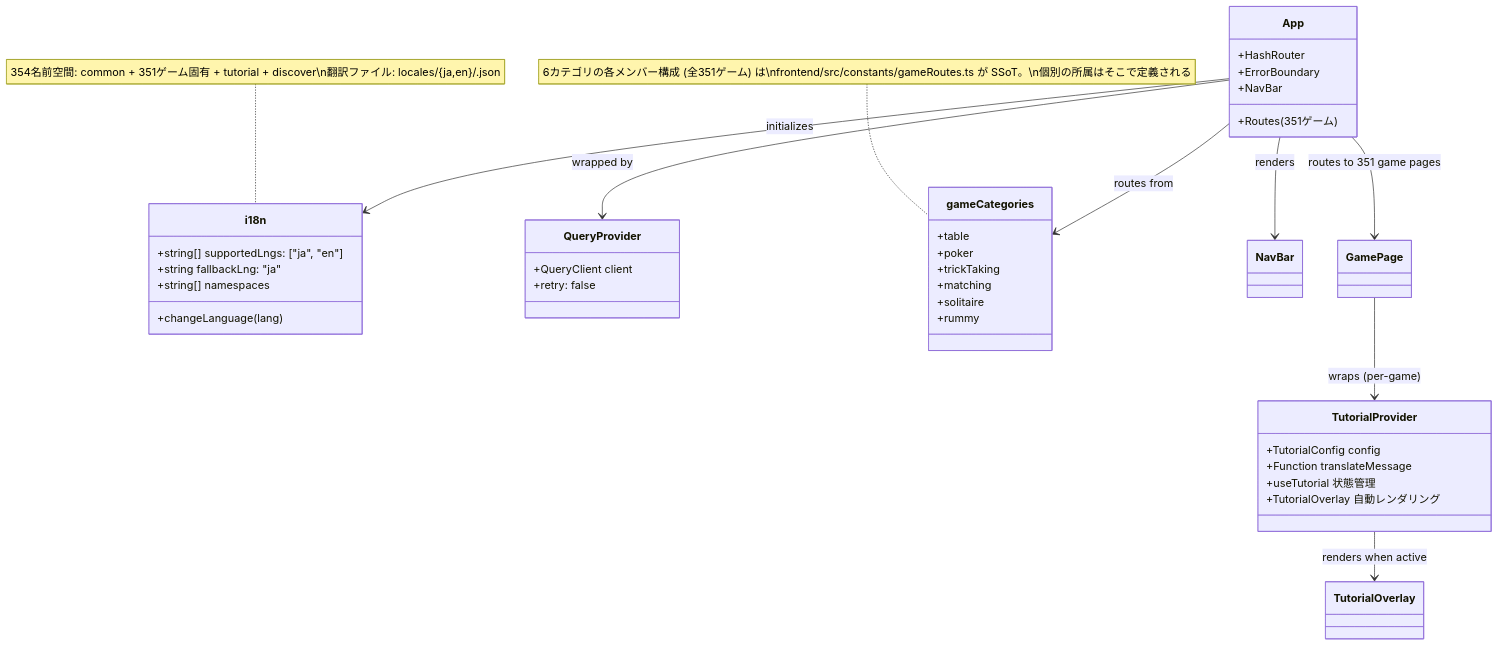
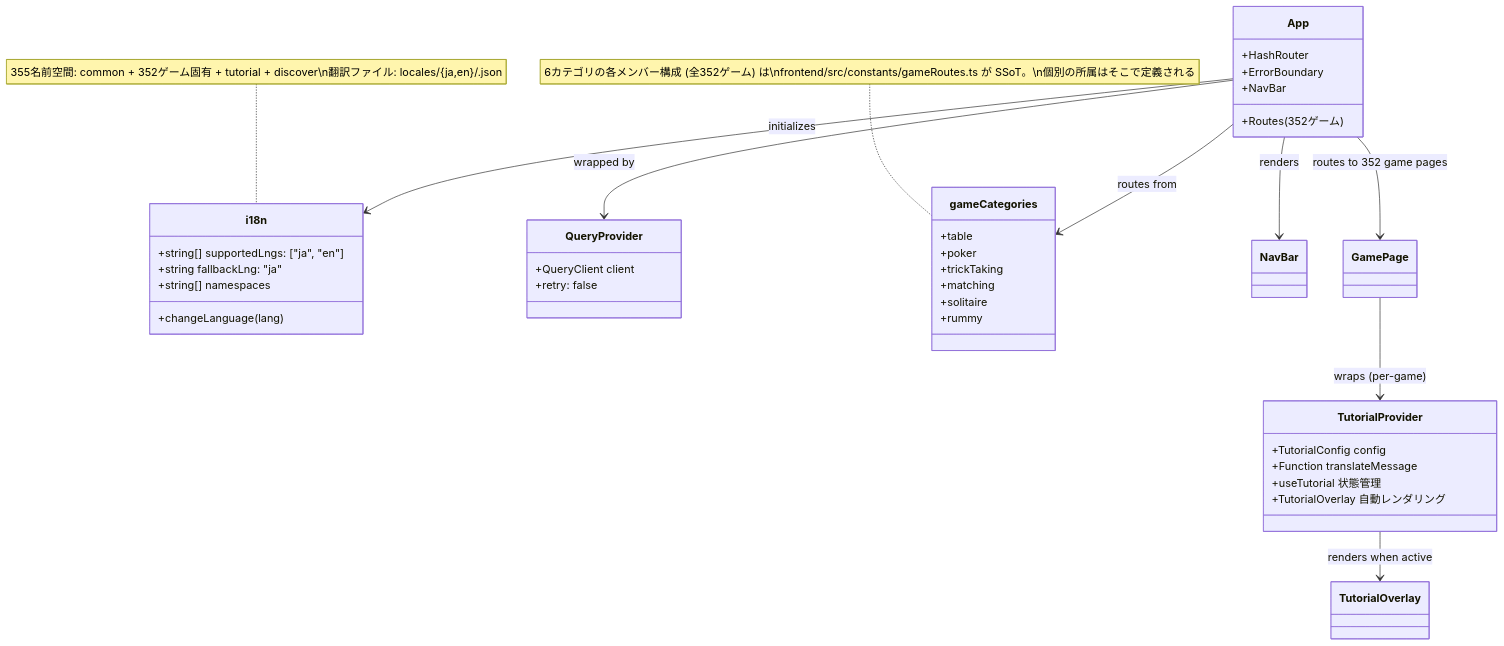
One commit to yuta-yoshinaga/go_trumpcards changed the ninth of 49 diagrams in docs/design/frontend.md. Above: the diagram before and after it, drawn with Mermaid. The commit also changed other lines of this file and 68 other files, not shown here.

````diff
--- a/docs/design/frontend.md
+++ b/docs/design/frontend.md
@@ -1874,48 +1874,48 @@
 ```mermaid
 classDiagram
     class i18n {
         +string[] supportedLngs: ["ja", "en"]
         +string fallbackLng: "ja"
         +string[] namespaces
         +changeLanguage(lang)
     }
 
     class QueryProvider {
         +QueryClient client
         +retry: false
     }
 
     class App {
         +HashRouter
         +ErrorBoundary
         +NavBar
-        +Routes (351ゲーム)
+        +Routes (352ゲーム)
     }
 
     class gameCategories {
         +table
         +poker
         +trickTaking
         +matching
         +solitaire
         +rummy
     }
-    note for gameCategories "6カテゴリの各メンバー構成 (全351ゲーム) は\nfrontend/src/constants/gameRoutes.ts が SSoT。\n個別の所属はそこで定義される"
+    note for gameCategories "6カテゴリの各メンバー構成 (全352ゲーム) は\nfrontend/src/constants/gameRoutes.ts が SSoT。\n個別の所属はそこで定義される"
 
     class TutorialProvider {
         +TutorialConfig config
         +Function translateMessage
         +useTutorial 状態管理
         +TutorialOverlay 自動レンダリング
     }
 
     App --> QueryProvider : wrapped by
     App --> i18n : initializes
     App --> gameCategories : routes from
     App --> NavBar : renders
-    App --> GamePage : routes to 351 game pages
+    App --> GamePage : routes to 352 game pages
     GamePage --> TutorialProvider : wraps (per-game)
     TutorialProvider --> TutorialOverlay : renders when active
 
-    note for i18n "354名前空間: common + 351ゲーム固有 + tutorial + discover\n翻訳ファイル: locales/{ja,en}/<game>.json"
+    note for i18n "355名前空間: common + 352ゲーム固有 + tutorial + discover\n翻訳ファイル: locales/{ja,en}/<game>.json"
 ```
````
